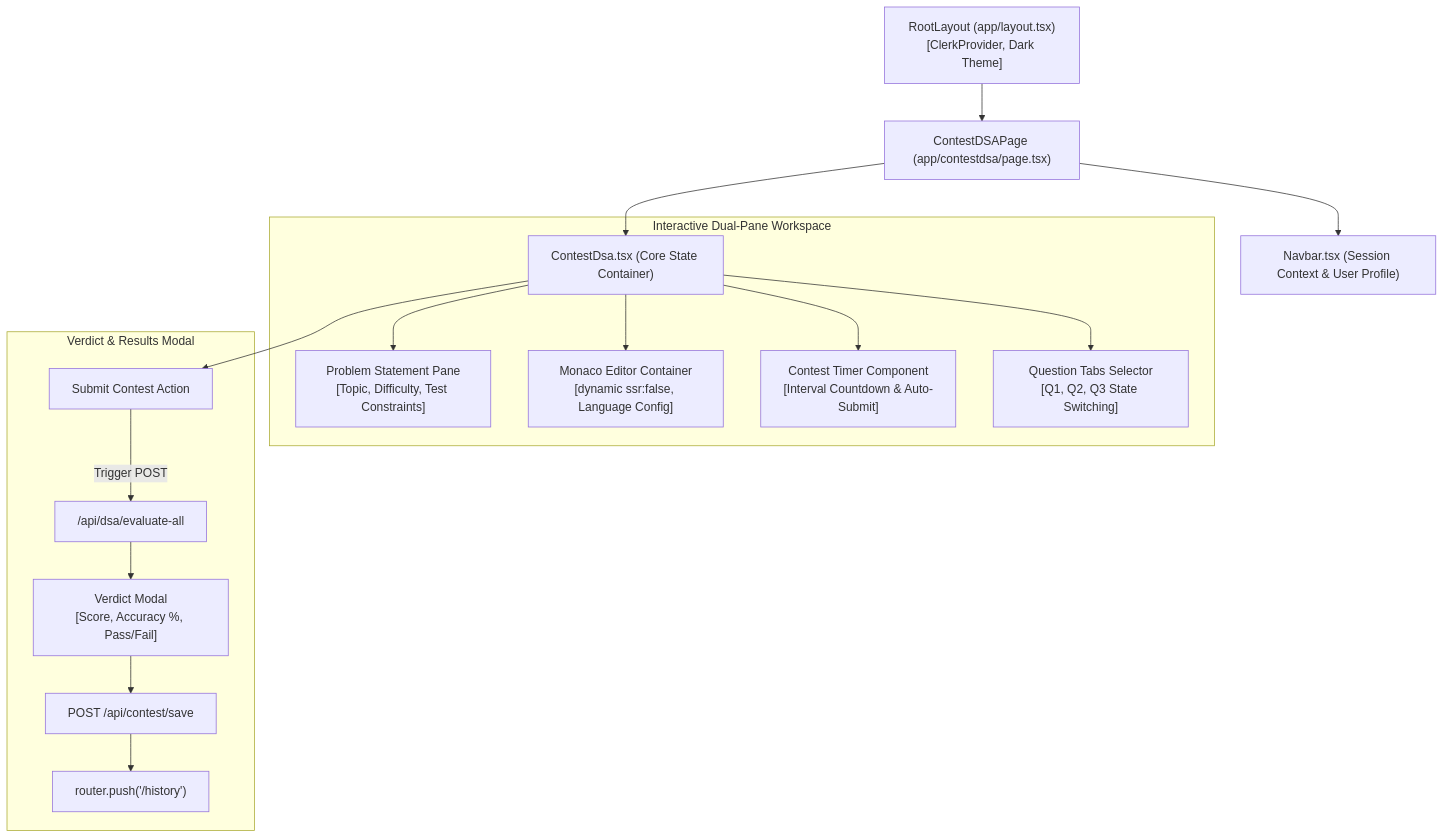
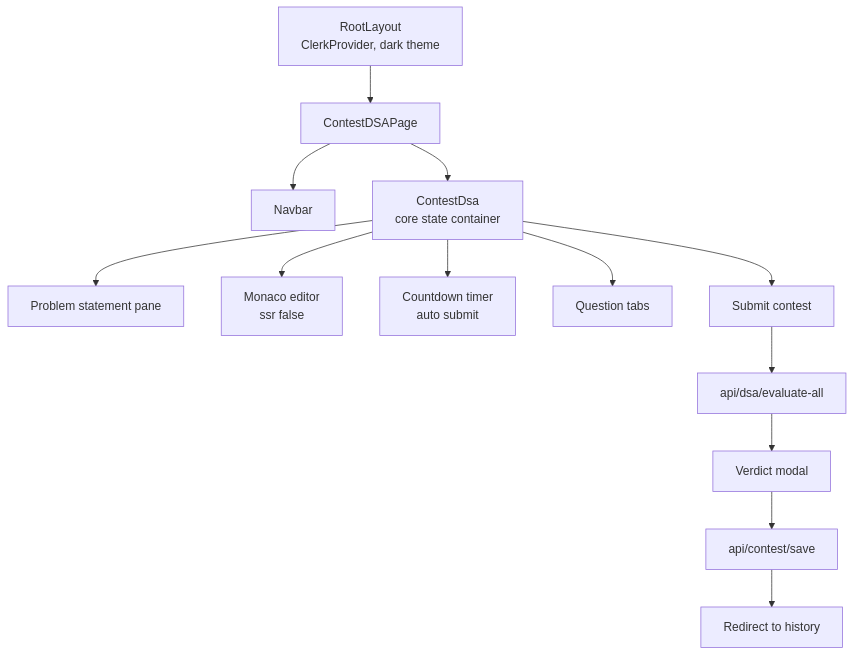
One commit to DevSars24/codeify changed diagram 14 of 19 in README.md. Above: the diagram before and after it, drawn with Mermaid. The commit also changed other lines of this file, not shown here.

````diff
--- a/README.md
+++ b/README.md
@@ -701,22 +606,17 @@
 ```mermaid
-graph TD
-    RootLayout["RootLayout (app/layout.tsx)\n[ClerkProvider, Dark Theme]"] --> ContestPage["ContestDSAPage (app/contestdsa/page.tsx)"]
-    
-    ContestPage --> Navbar["Navbar.tsx (Session Context & User Profile)"]
-    ContestPage --> ContestContainer["ContestDsa.tsx (Core State Container)"]
-    
-    subgraph Workspace_Layout ["Interactive Dual-Pane Workspace"]
-        ContestContainer --> LeftPane["Problem Statement Pane\n[Topic, Difficulty, Test Constraints]"]
-        ContestContainer --> RightPane["Monaco Editor Container\n[dynamic ssr:false, Language Config]"]
-        ContestContainer --> TimerHeader["Contest Timer Component\n[Interval Countdown & Auto-Submit]"]
-        ContestContainer --> QuestionNav["Question Tabs Selector\n[Q1, Q2, Q3 State Switching]"]
-    end
-    
-    subgraph Submission_Pipeline ["Verdict & Results Modal"]
-        ContestContainer --> SubmitBtn["Submit Contest Action"]
-        SubmitBtn -->|Trigger POST| EvalAPI["/api/dsa/evaluate-all"]
-        EvalAPI --> ResultModal["Verdict Modal\n[Score, Accuracy %, Pass/Fail]"]
-        ResultModal --> SaveAction["POST /api/contest/save"]
-        SaveAction --> RedirectHistory["router.push('/history')"]
-    end
+flowchart TD
+    Root["RootLayout<br/>ClerkProvider, dark theme"] --> Page["ContestDSAPage"]
+    Page --> Nav["Navbar"]
+    Page --> Container["ContestDsa<br/>core state container"]
+
+    Container --> Left["Problem statement pane"]
+    Container --> Right["Monaco editor<br/>ssr false"]
+    Container --> Timer["Countdown timer<br/>auto submit"]
+    Container --> Tabs["Question tabs"]
+    Container --> Submit["Submit contest"]
+
+    Submit --> Eval["api/dsa/evaluate-all"]
+    Eval --> Modal["Verdict modal"]
+    Modal --> SaveCall["api/contest/save"]
+    SaveCall --> Redirect["Redirect to history"]
 ```
````
